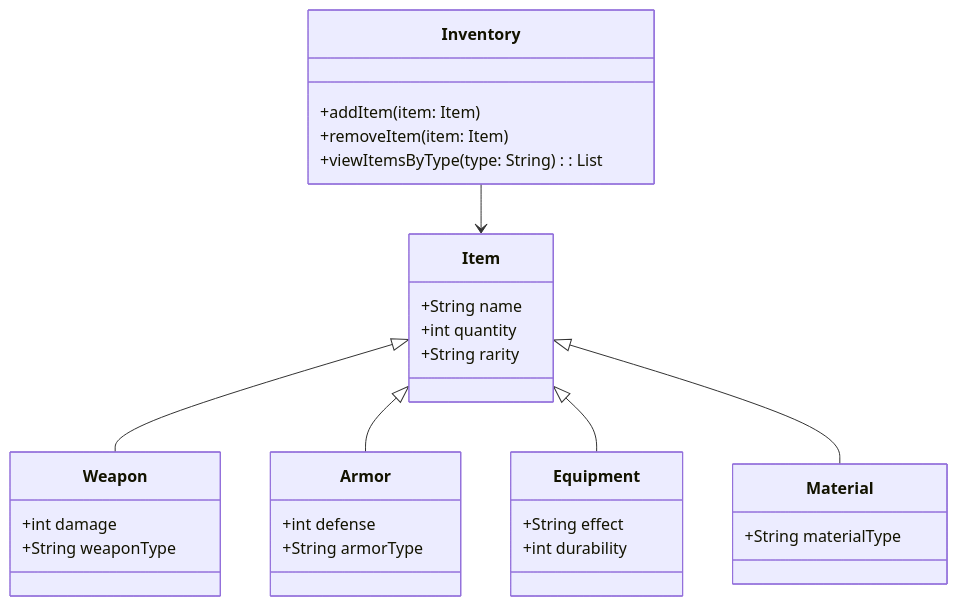
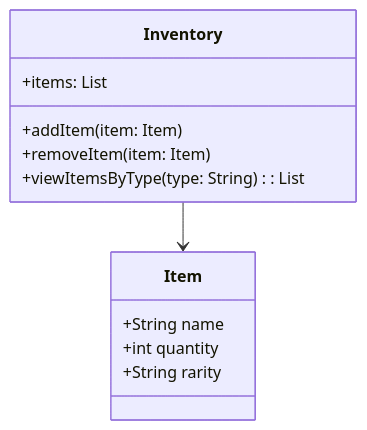
The diagram in Inventory Diagram.mmd (pacalso-jjc/2425-2nd-cc3-1b-rpg), drawn with Mermaid before and after one commit.

Commit message:
Updated Inventory class diagram based on feedback

```diff
--- a/Inventory Diagram.mmd
+++ b/Inventory Diagram.mmd
@@ -1,37 +1,15 @@
 classDiagram
     class Inventory {
         +addItem(item: Item)
         +removeItem(item: Item)
         +viewItemsByType(type: String) : List
+        +items: List<Item>
     }
 
     class Item {
         +String name
         +int quantity
         +String rarity
     }
 
-    class Weapon {
-        +int damage
-        +String weaponType
-    }
-
-    class Armor {
-        +int defense
-        +String armorType
-    }
-
-    class Equipment {
-        +String effect
-        +int durability
-    }
-
-    class Material {
-        +String materialType
-    }
-
     Inventory --> Item
-    Item <|-- Weapon
-    Item <|-- Armor
-    Item <|-- Equipment
-    Item <|-- Material
```
